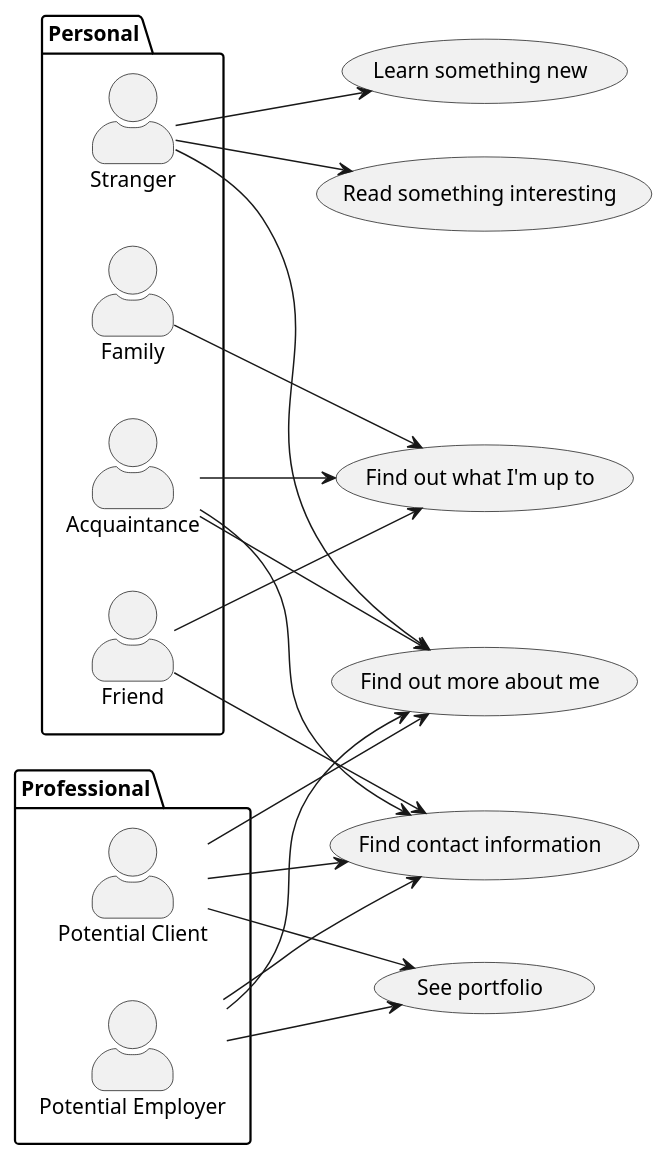
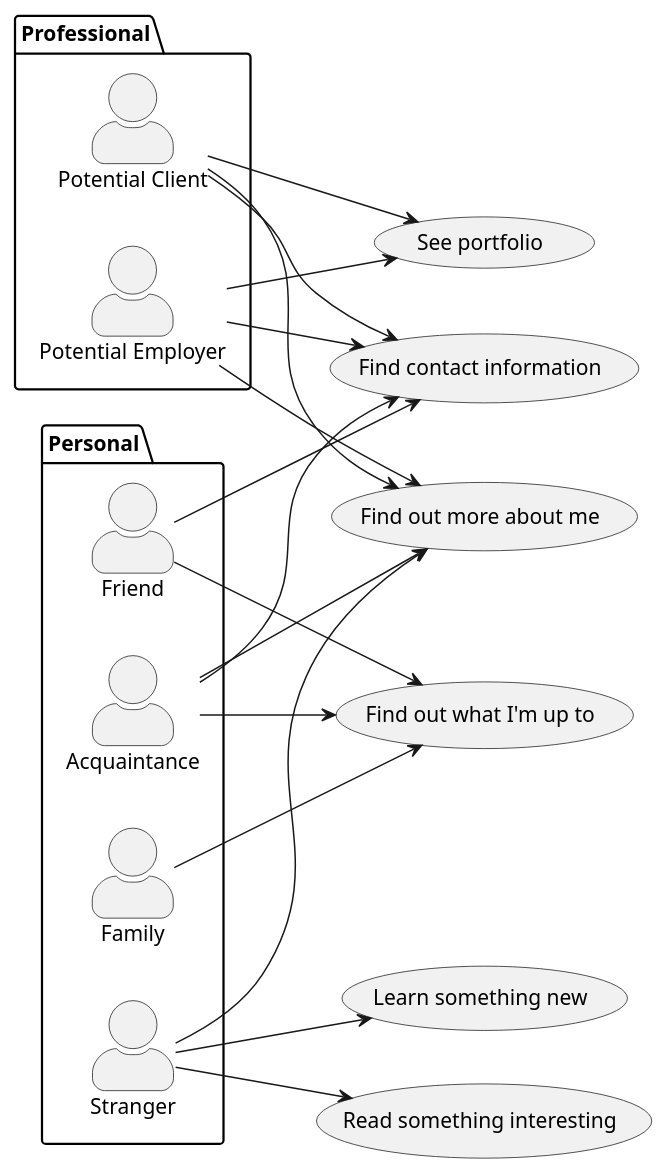
Before and after one commit to Rustic-Citrus/harryscurtis.com: the diagram in docs/01-use-cases.md, drawn with PlantUML.

Commit message:
docs: updated use case diagram

````diff
--- a/docs/01-use-cases.md
+++ b/docs/01-use-cases.md
@@ -3,42 +3,42 @@
 ```plantuml
 @startuml
 left to right direction
 skinparam actorStyle awesome
 
 package Professional {
-    actor :Potential Client:
-    actor :Potential Employer:
+    actor :Potential Client: as Client
+    actor :Potential Employer: as Employer
 }
 
 package Personal {
     actor :Friend:
     actor :Family:
     actor :Acquaintance:
     actor :Stranger:
 }
 
-:Friend: --> (UseCase06)
-:Friend: --> (UseCase02)
-:Family: --> (UseCase06)
-:Acquaintance: --> (UseCase03)
-:Acquaintance: --> (UseCase02)
-:Acquaintance: --> (UseCase06)
-:Potential Client: --> (UseCase01)
-:Potential Client: --> (UseCase02)
-:Potential Client: --> (UseCase03)
-:Potential Employer: --> (UseCase01)
-:Potential Employer: --> (UseCase02)
-:Potential Employer: --> (UseCase03)
-:Stranger: --> (UseCase04)
-:Stranger: --> (UseCase05)
-:Stranger: --> (UseCase03)
-
 "See portfolio" as (UseCase01)
 "Find contact information" as (UseCase02)
 "Find out more about me" as (UseCase03)
 "Learn something new" as (UseCase04)
 "Read something interesting" as (UseCase05)
 "Find out what I'm up to" as (UseCase06)
 
+:Friend: --> (UseCase06)
+:Friend: --> (UseCase02)
+:Family: --> (UseCase06)
+:Acquaintance: --> (UseCase03)
+:Acquaintance: --> (UseCase02)
+:Acquaintance: --> (UseCase06)
+(Client) --> (UseCase01)
+(Client) --> (UseCase02)
+(Client) --> (UseCase03)
+(Employer) --> (UseCase01)
+(Employer) --> (UseCase02)
+(Employer) --> (UseCase03)
+:Stranger: --> (UseCase04)
+:Stranger: --> (UseCase05)
+:Stranger: --> (UseCase03)
+
 @enduml
 ```
````
